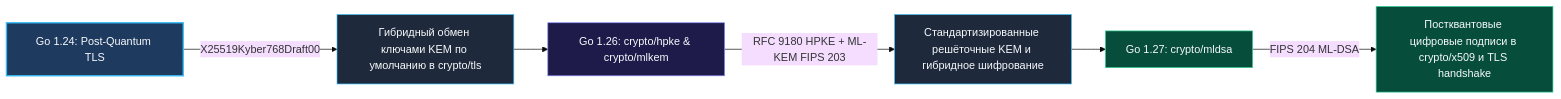
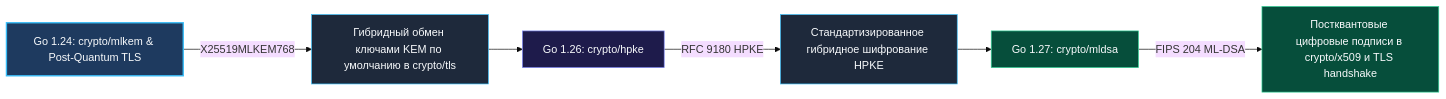
Before and after one commit to UnrealTemplier/go-textbook-ru: the third of 3 diagrams in sources/22. Вопросы и ответы с собеседований по Go (Теория)/24. Безопасность.md, drawn with Mermaid (base theme). The commit also changed other lines of this file and 14 other files, not shown here.

````diff
--- a/sources/22. Вопросы и ответы с собеседований по Go (Теория)/24. Безопасность.md
+++ b/sources/22. Вопросы и ответы с собеседований по Go (Теория)/24. Безопасность.md
@@ -2397,13 +2397,13 @@
 ```mermaid
 flowchart LR
     classDef entry   fill:#1e3a5f,stroke:#38bdf8,stroke-width:2px,color:#f8fafc
     classDef process fill:#1e293b,stroke:#38bdf8,stroke-width:1px,color:#f8fafc
     classDef accent  fill:#1e1b4b,stroke:#818cf8,stroke-width:1px,color:#f8fafc
     classDef success fill:#064e3b,stroke:#34d399,stroke-width:1px,color:#f8fafc
 
-    Go124["Go 1.24: Post-Quantum TLS"]:::entry -->|X25519Kyber768Draft00| KEM["Гибридный обмен ключами KEM по умолчанию в crypto/tls"]:::process
-    KEM --> Go126["Go 1.26: crypto/hpke & crypto/mlkem"]:::accent
-    Go126 -->|RFC 9180 HPKE + ML-KEM FIPS 203| Stan["Стандартизированные решёточные KEM и гибридное шифрование"]:::process
+    Go124["Go 1.24: crypto/mlkem & Post-Quantum TLS"]:::entry -->|X25519MLKEM768| KEM["Гибридный обмен ключами KEM по умолчанию в crypto/tls"]:::process
+    KEM --> Go126["Go 1.26: crypto/hpke"]:::accent
+    Go126 -->|RFC 9180 HPKE| Stan["Стандартизированное гибридное шифрование HPKE"]:::process
     Stan --> Go127["Go 1.27: crypto/mldsa"]:::success
     Go127 -->|FIPS 204 ML-DSA| PQSig["Постквантовые цифровые подписи в crypto/x509 и TLS handshake"]:::success
 ```
````
